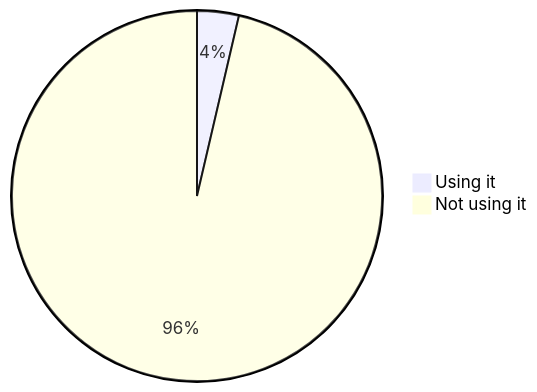
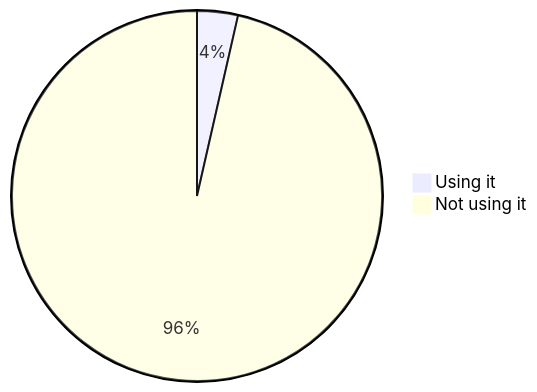
One commit to oshp/oshp-stats changed diagram 17 of 22 in stats.md. Above: the diagram before and after it, drawn with Mermaid. The commit also changed other lines of this file, not shown here.

````diff
--- a/stats.md
+++ b/stats.md
@@ -202,6 +202,6 @@
 ```mermaid
 pie
-	"Using it" : 3.64
-	"Not using it" : 96.36
+	"Using it" : 3.56
+	"Not using it" : 96.44
 
 ```
````
